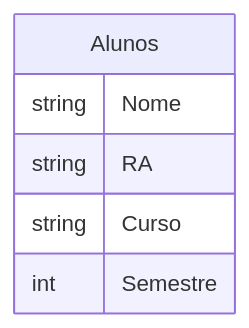
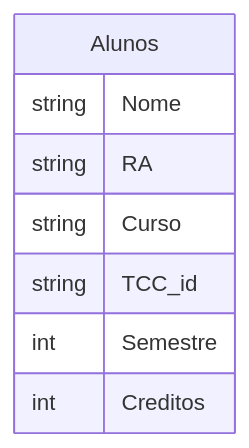
One commit to LucasRezendeSimoes/ProjetoDB changed the diagram in README.md. Above: the diagram before and after it, drawn with Mermaid.

````diff
--- a/README.md
+++ b/README.md
@@ -7,10 +7,12 @@
 ```mermaid
 erDiagram
     Alunos {
         string Nome
         string RA
         string Curso
+        string TCC_id
         int Semestre
+        int Creditos
     }
 
 ```
````
